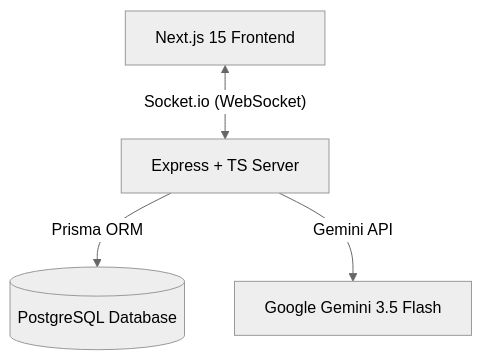
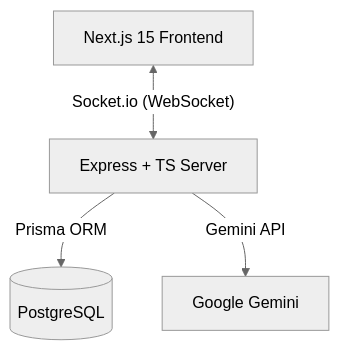
One commit to serhacelik19-create/ai-support-desk changed the diagram in README.md. Above: the diagram before and after it, drawn with Mermaid (neutral theme). The commit also changed other lines of this file, not shown here.

Commit message:
docs: rewrite README — remove buzzwords, add API reference and technical decisions

````diff
--- a/README.md
+++ b/README.md
@@ -22,6 +11,6 @@
 ```mermaid
 graph TD
     Client["Next.js 15 Frontend"] <-->|"Socket.io (WebSocket)"| Server["Express + TS Server"]
-    Server -->|Prisma ORM| DB[(PostgreSQL Database)]
-    Server -->|Gemini API| AI["Google Gemini 3.5 Flash"]
+    Server -->|Prisma ORM| DB[(PostgreSQL)]
+    Server -->|Gemini API| AI["Google Gemini"]
 ```
````
